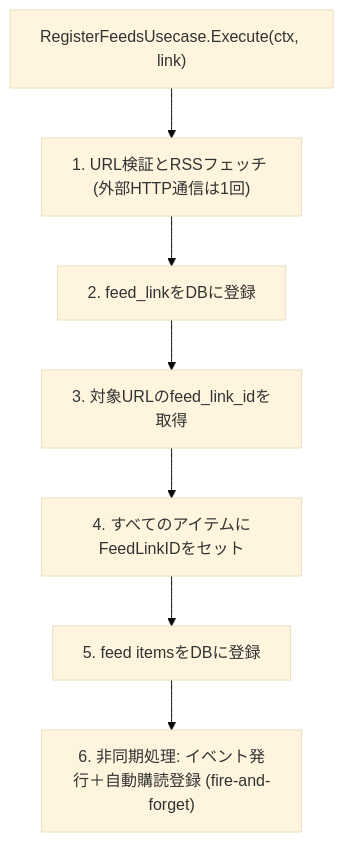
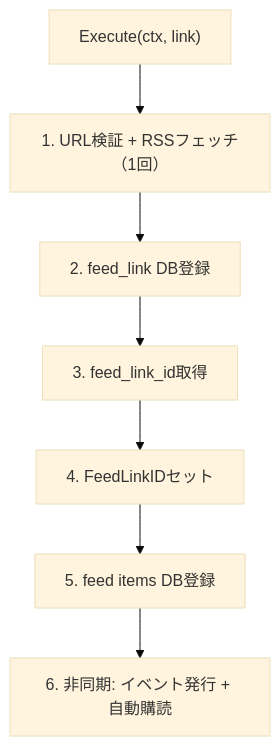
The second of 2 diagrams in articles/ad129f6fb2ed39.md (Kaikei-e/Zenn), drawn with Mermaid (base theme) before and after one commit. The commit also changed other lines of this file, not shown here.

````diff
--- a/articles/ad129f6fb2ed39.md
+++ b/articles/ad129f6fb2ed39.md
@@ -136,11 +135,10 @@
 ```mermaid
 flowchart TD
-    U["RegisterFeedsUsecase.Execute(ctx, link)"]
-
-    U --> S1["1. URL検証とRSSフェッチ (外部HTTP通信は1回)"]
-    S1 --> S2["2. feed_linkをDBに登録"]
-    S2 --> S3["3. 対象URLのfeed_link_idを取得"]
-    S3 --> S4["4. すべてのアイテムにFeedLinkIDをセット"]
-    S4 --> S5["5. feed itemsをDBに登録"]
-    S5 --> S6["6. 非同期処理: イベント発行＋自動購読登録 (fire-and-forget)"]
+    U["Execute(ctx, link)"]
+    U --> S1["1. URL検証 + RSSフェッチ（1回）"]
+    S1 --> S2["2. feed_link DB登録"]
+    S2 --> S3["3. feed_link_id取得"]
+    S3 --> S4["4. FeedLinkIDセット"]
+    S4 --> S5["5. feed items DB登録"]
+    S5 --> S6["6. 非同期: イベント発行 + 自動購読"]
 ```
````
